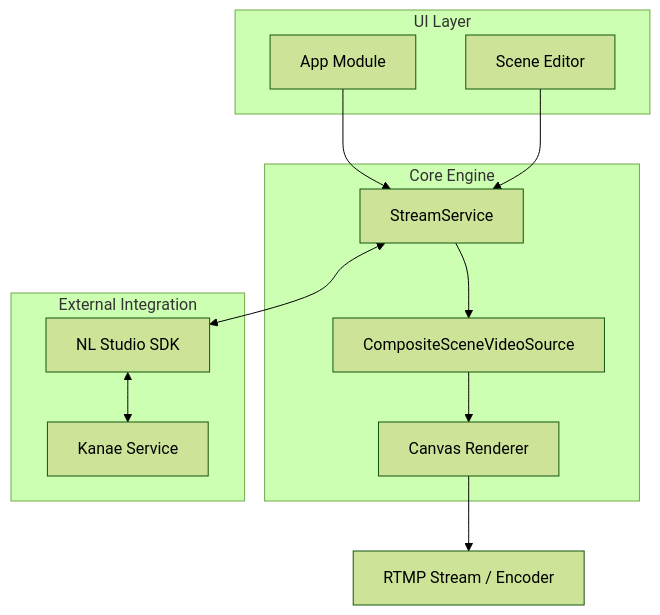
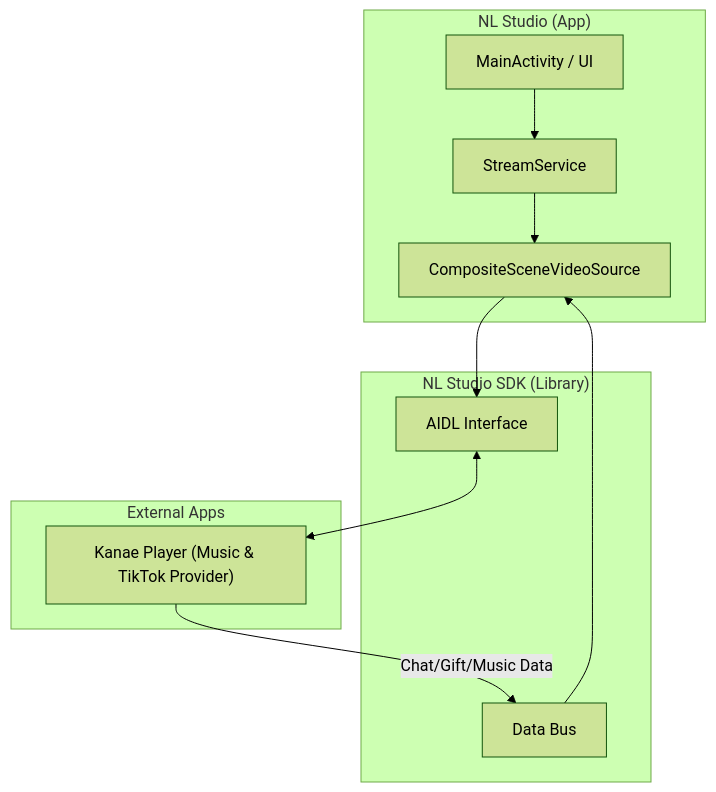
One commit to ShinriShoaku/NaeLiveStudio changed the diagram in README.md. Above: the diagram before and after it, drawn with Mermaid (forest theme). The commit also changed other lines of this file, not shown here.

````diff
--- a/README.md
+++ b/README.md
@@ -41,27 +49,24 @@
 ```mermaid
 graph TD
-    subgraph "UI Layer"
-        A[App Module]
-        C[Scene Editor]
+    subgraph "NL Studio (App)"
+        A[MainActivity / UI]
+        B[StreamService]
+        C[CompositeSceneVideoSource]
     end
 
-    subgraph "Core Engine"
-        B[StreamService]
-        D[CompositeSceneVideoSource]
-        E[Canvas Renderer]
+    subgraph "NL Studio SDK (Library)"
+        D[AIDL Interface]
+        E[Data Bus]
     end
 
-    subgraph "External Integration"
-        G[NL Studio SDK]
-        H[Kanae Service]
+    subgraph "External Apps"
+        F["Kanae Player (Music & TikTok Provider)"]
     end
 
     A --> B
-    C --> B
-    B --> D
-    D --> E
-    E --> F[RTMP Stream / Encoder]
-    
-    B <--> G
-    G <--> H
+    B --> C
+    C --> D
+    D <--> F
+    F -- "Chat/Gift/Music Data" --> E
+    E --> C
 ```
````
